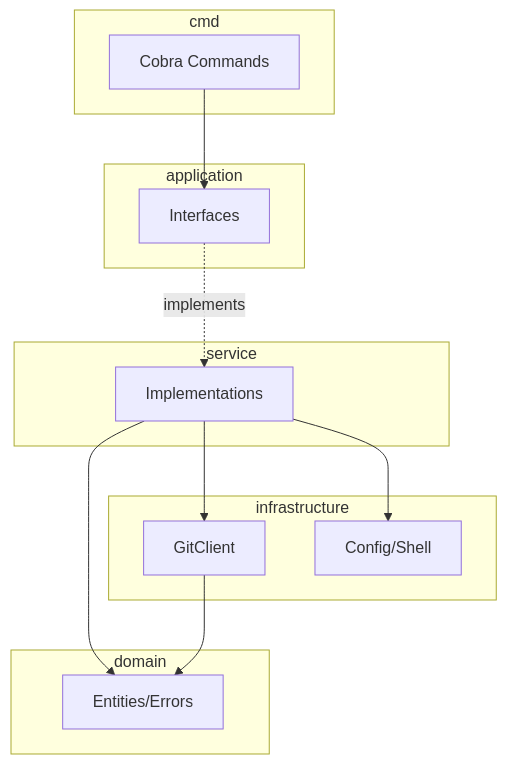
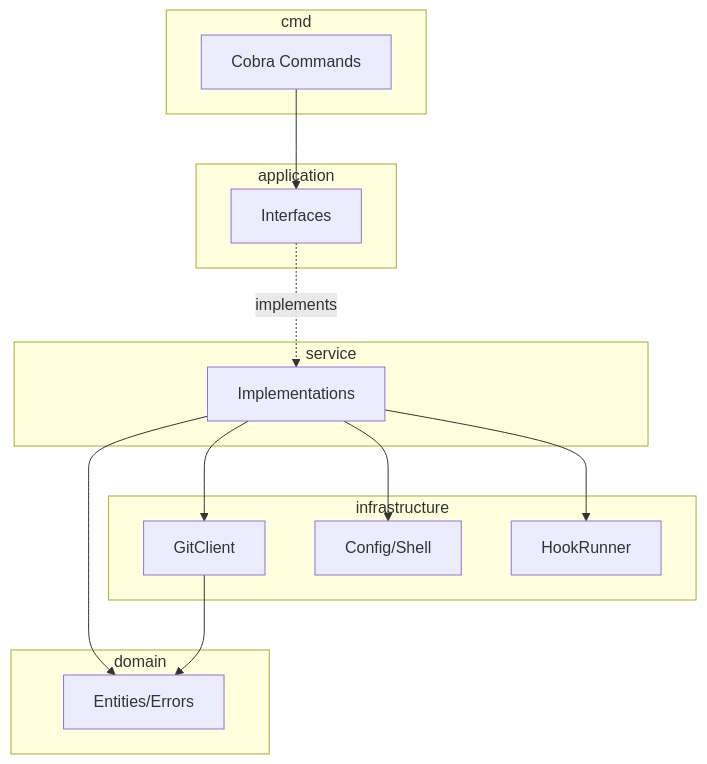
The first of 2 diagrams in AGENTS.md (amauryconstant/twiggit), drawn with Mermaid before and after one commit. The commit also changed 4 other files, not shown here.

````diff
--- a/AGENTS.md
+++ b/AGENTS.md
@@ -7,25 +7,27 @@
 ```mermaid
 graph TB
     subgraph cmd
         C[Cobra Commands]
     end
     subgraph application
         I[Interfaces]
     end
     subgraph service
         S[Implementations]
     end
     subgraph infrastructure
         G[GitClient]
         X[Config/Shell]
+        H[HookRunner]
     end
     subgraph domain
         D[Entities/Errors]
     end
     C --> I
     I -.->|implements| S
     S --> G
     S --> X
+    S --> H
     S --> D
     G --> D
 ```
````
